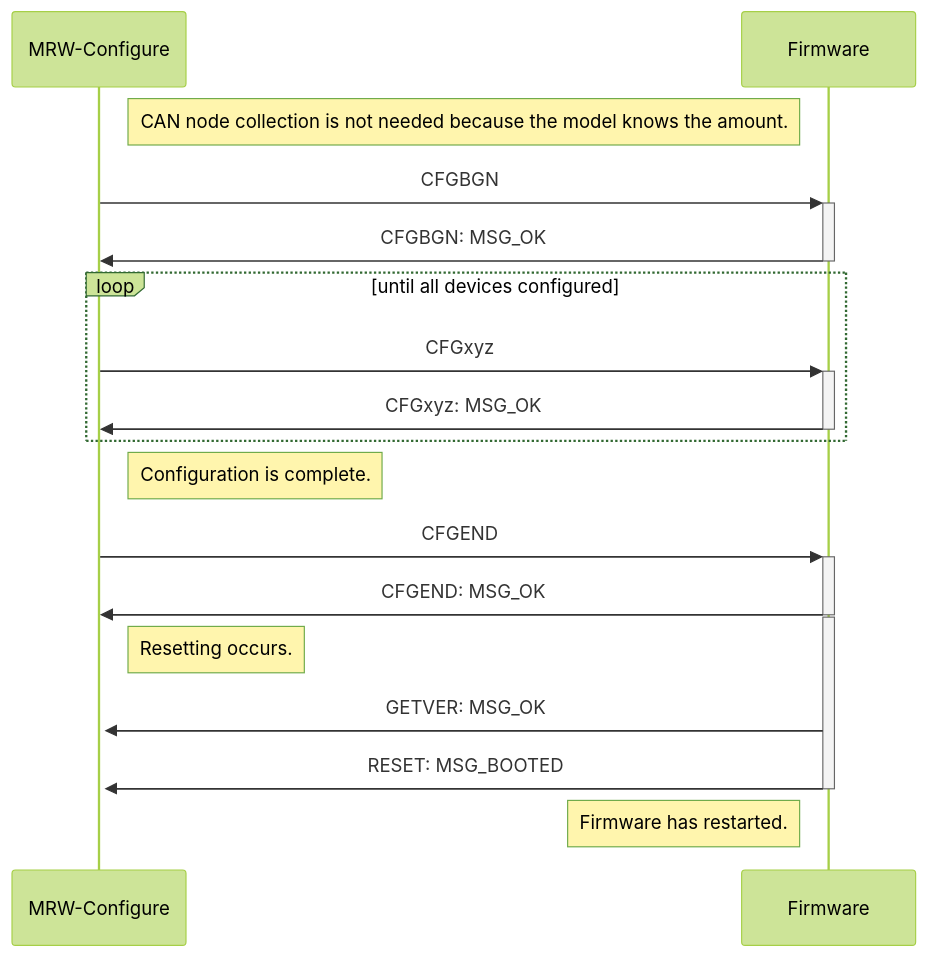
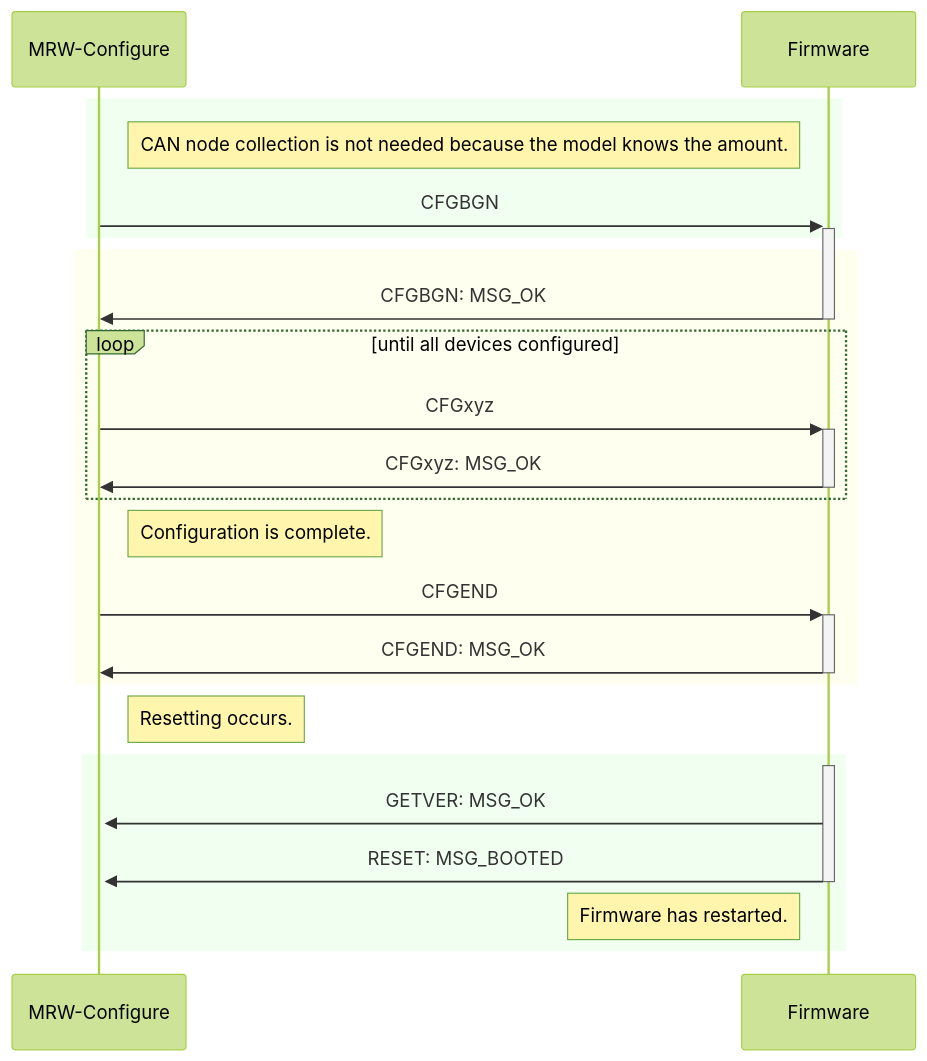
One commit to stmork/mrw-track-control-ng changed the diagram in tools/config/README.md. Above: the diagram before and after it, drawn with Mermaid (forest theme). The commit also changed other lines of this file, not shown here.

Commit message:
Added more documentation.

````diff
--- a/tools/config/README.md
+++ b/tools/config/README.md
@@ -13,27 +14,36 @@
 ```mermaid
 sequenceDiagram
 	Participant T as MRW-Configure
 	Participant F as Firmware
 
-	Note right of T: CAN node collection is not needed because the model knows the amount.
-	T ->> +F: CFGBGN
-	F ->> -T: CFGBGN: MSG_OK
+	rect rgb(240,255,240)
+		Note right of T: CAN node collection is not needed because the model knows the amount.
 
-	loop until all devices configured
-		T ->> +F: CFGxyz
-		F ->> -T: CFGxyz: MSG_OK
+		T ->> +F: CFGBGN
 	end
 
-	Note right of T: Configuration is complete.
-	T ->> +F: CFGEND
+	rect rgb(255,255,240)
+		F ->> -T: CFGBGN: MSG_OK
 
-	F ->> -T: CFGEND: MSG_OK
+		loop until all devices configured
+			T ->> +F: CFGxyz
+			F ->> -T: CFGxyz: MSG_OK
+		end
 
-	activate F
+		Note right of T: Configuration is complete.
+		T ->> +F: CFGEND
+
+		F ->> -T: CFGEND: MSG_OK
+	end
+
 	Note right of T: Resetting occurs.
 
-	F ->> +T: GETVER: MSG_OK
-	F ->> -T: RESET: MSG_BOOTED
+	rect rgb(240,255,240)
+		activate F
 
-	Note left of F: Firmware has restarted.
+		F ->> +T: GETVER: MSG_OK
+		F ->> -T: RESET: MSG_BOOTED
+
+		Note left of F: Firmware has restarted.
+end
 ```
````
